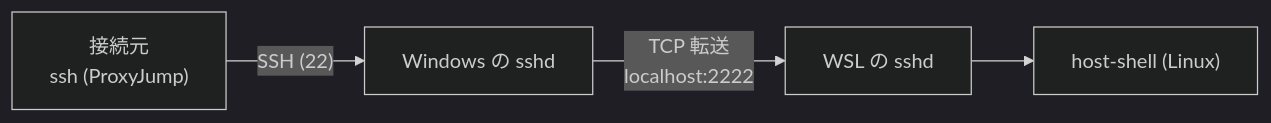
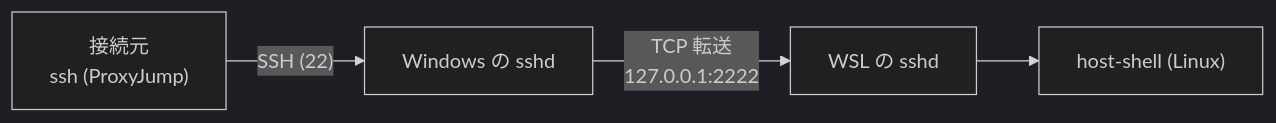
The fourth of 4 diagrams in docs/ja/user-guide.md (Hondarer/host-shell-mcp), drawn with Mermaid (dark theme) before and after one commit. The commit also changed other lines of this file and 3 other files, not shown here.

````diff
--- a/docs/ja/user-guide.md
+++ b/docs/ja/user-guide.md
@@ -543,6 +543,6 @@
 ```mermaid
 flowchart LR
     Client["接続元<br/>ssh (ProxyJump)"] -->|"SSH (22)"| WinSSHD["Windows の sshd"]
-    WinSSHD -->|"TCP 転送<br/>localhost:2222"| WSLSSHD["WSL の sshd"]
+    WinSSHD -->|"TCP 転送<br/>127.0.0.1:2222"| WSLSSHD["WSL の sshd"]
     WSLSSHD --> HS["host-shell (Linux)"]
 ```
````
